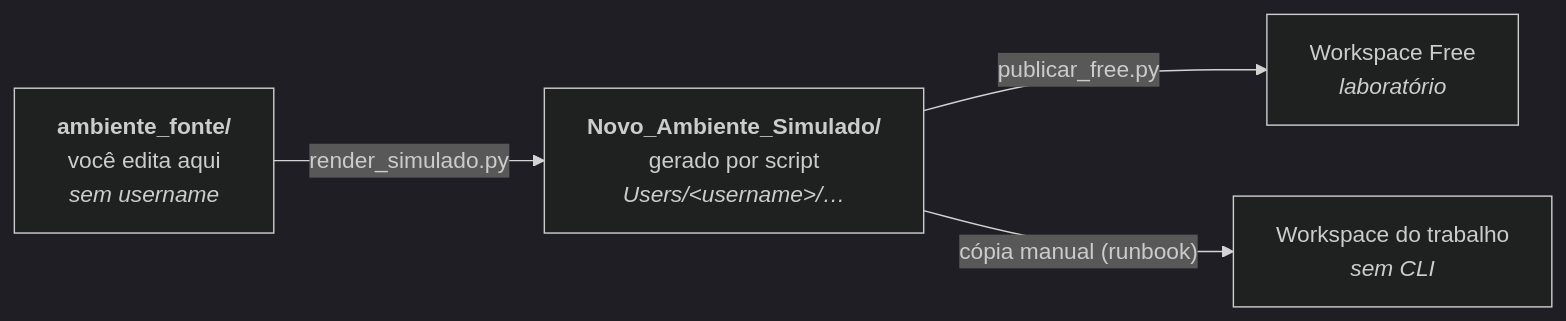
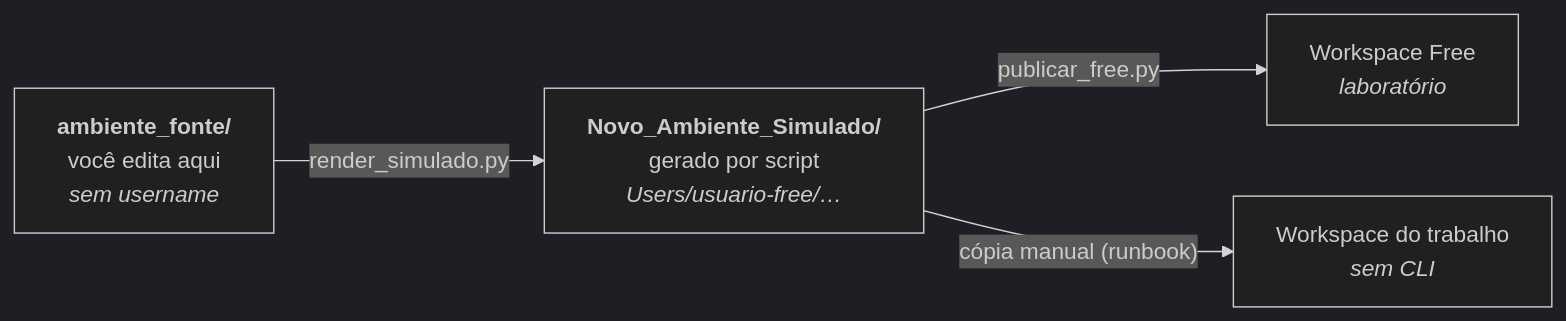
Before and after one commit to Guimarais-R-Rodrigo/Ambiente_Databricks: the diagram in ambiente_fonte/README.md, drawn with Mermaid (dark theme). The commit also changed other lines of this file and 392 other files, not shown here.

````diff
--- a/ambiente_fonte/README.md
+++ b/ambiente_fonte/README.md
@@ -14,10 +14,10 @@
 ```mermaid
 flowchart LR
   F["<b>ambiente_fonte/</b><br/>você edita aqui<br/><i>sem username</i>"]
-  S["<b>Novo_Ambiente_Simulado/</b><br/>gerado por script<br/><i>Users/&lt;username&gt;/…</i>"]
+  S["<b>Novo_Ambiente_Simulado/</b><br/>gerado por script<br/><i>Users/usuario-free/…</i>"]
   W1["Workspace Free<br/><i>laboratório</i>"]
   W2["Workspace do trabalho<br/><i>sem CLI</i>"]
   F -->|"render_simulado.py"| S
   S -->|"publicar_free.py"| W1
   S -->|"cópia manual (runbook)"| W2
 ```
````
